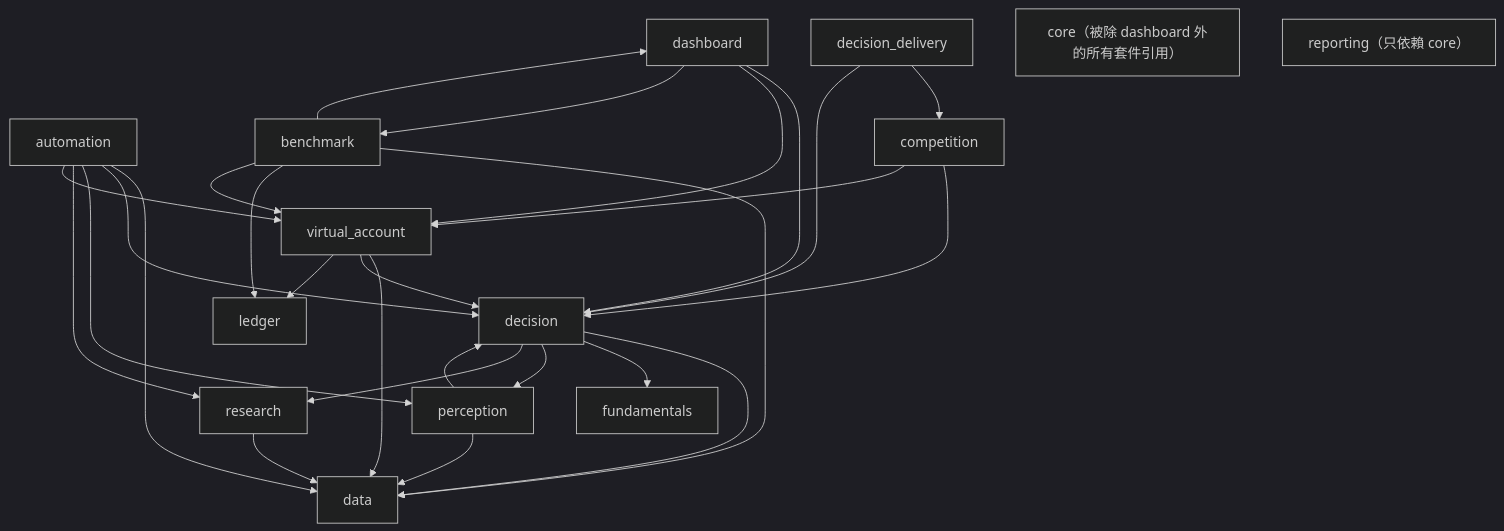
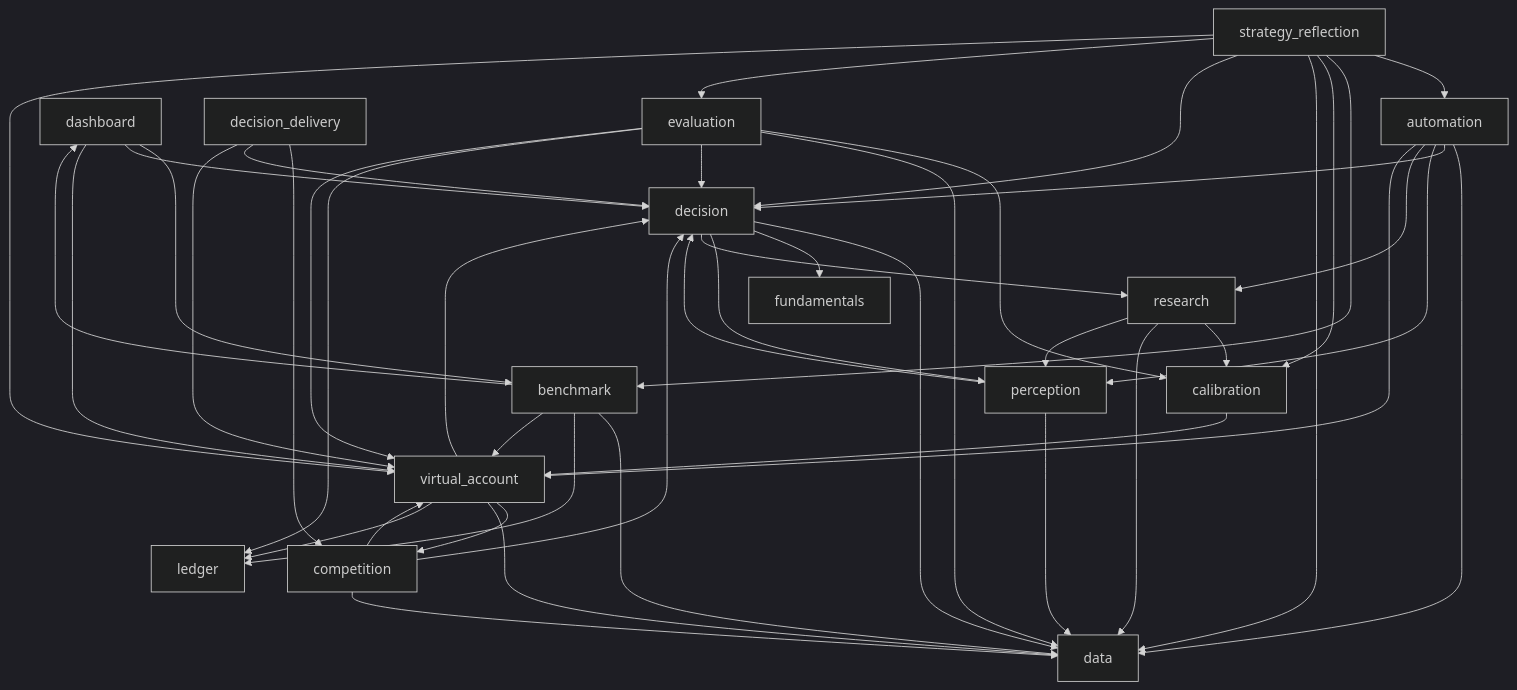
Before and after one commit to zxcvb8885123/ETF-AGENTS: the first of 2 diagrams in docs/modules.md, drawn with Mermaid (dark theme). The commit also changed other lines of this file and 5 other files, not shown here.

````diff
--- a/docs/modules.md
+++ b/docs/modules.md
@@ -9,40 +39,58 @@
 ```mermaid
 flowchart TD
     automation --> data
     automation --> decision
     automation --> perception
     automation --> research
     automation --> virtual_account
 
+    competition --> data
     competition --> decision
     competition --> virtual_account
 
+    dashboard --> benchmark
     dashboard --> decision
     dashboard --> virtual_account
-    dashboard --> benchmark
 
     benchmark --> dashboard
     benchmark --> data
     benchmark --> ledger
     benchmark --> virtual_account
 
     decision --> data
     decision --> fundamentals
     decision --> perception
     decision --> research
 
     decision_delivery --> competition
     decision_delivery --> decision
+    decision_delivery --> virtual_account
 
     perception --> data
     perception --> decision
 
+    research --> calibration
     research --> data
+    research --> perception
 
+    virtual_account --> competition
     virtual_account --> data
     virtual_account --> decision
     virtual_account --> ledger
 
-    core["core（被除 dashboard 外的所有套件引用）"]
-    reporting["reporting（只依賴 core）"]
+    calibration --> virtual_account
+
+    evaluation --> calibration
+    evaluation --> data
+    evaluation --> decision
+    evaluation --> ledger
+    evaluation --> virtual_account
+
+    strategy_reflection --> automation
+    strategy_reflection --> benchmark
+    strategy_reflection --> calibration
+    strategy_reflection --> data
+    strategy_reflection --> decision
+    strategy_reflection --> evaluation
+    strategy_reflection --> virtual_account
 ```
````
